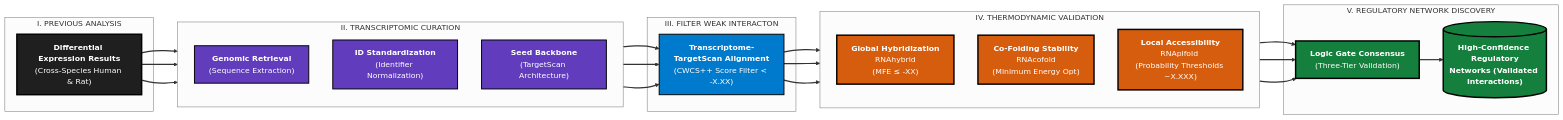
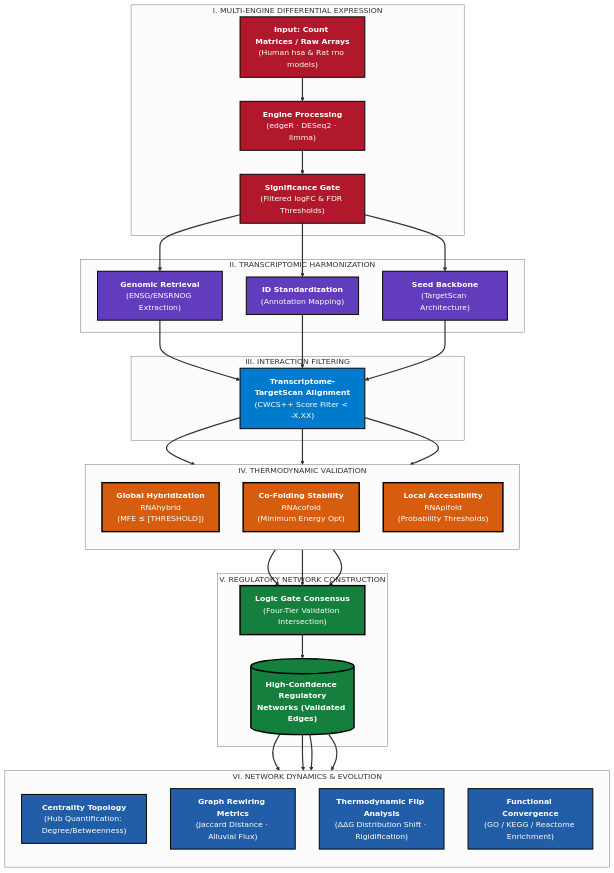
Before and after one commit to VampZie/IS_mi-mrna_thermo_validation_network: the diagram in README.md, drawn with Mermaid (neutral theme).

````diff
--- a/README.md
+++ b/README.md
@@ -30,41 +30,51 @@
 ```mermaid
-graph LR
+graph TD
     %% --- CONFERENCE-GRADE STYLE DEFINITIONS ---
+    classDef stage0 fill:#b2182b,stroke:#000,stroke-width:2px,color:#fff
     classDef stage1 fill:#1F1F1F,stroke:#000,stroke-width:3px,color:#fff
     classDef stage2 fill:#613CBC,stroke:#000,stroke-width:2px,color:#fff
     classDef stage3 fill:#007ACC,stroke:#000,stroke-width:2px,color:#fff
     classDef stage4 fill:#D65D0E,stroke:#000,stroke-width:3px,color:#fff
     classDef stage5 fill:#15803D,stroke:#000,stroke-width:3px,color:#fff
+    classDef stage6 fill:#225ea8,stroke:#000,stroke-width:2px,color:#fff
 
     %% --- WORKFLOW NODES ---
-    subgraph S1 ["I. PREVIOUS ANALYSIS"]
-        A["<b>Differential Expression Results</b><br/>(Cross-Species Human & Rat)"]:::stage1
+    subgraph S0 ["I. MULTI-ENGINE DIFFERENTIAL EXPRESSION"]
+        A0["<b>Input: Count Matrices / Raw Arrays</b><br/>(Human hsa & Rat rno models)"]:::stage0
+        A0 --> A1["<b>Engine Processing</b><br/>(edgeR · DESeq2 · limma)"]:::stage0
+        A1 --> A2["<b>Significance Gate</b><br/>(Filtered logFC & FDR Thresholds)"]:::stage0
     end
 
-    subgraph S2 ["II. TRANSCRIPTOMIC CURATION"]
-        direction TB
-        A --> B1["<b>Genomic Retrieval</b><br/>(Sequence Extraction)"]:::stage2
-        A --> B2["<b>ID Standardization</b><br/>(Identifier Normalization)"]:::stage2
-        A --> B3["<b>Seed Backbone</b><br/>(TargetScan Architecture)"]:::stage2
+    subgraph S1 ["II. TRANSCRIPTOMIC HARMONIZATION"]
+        A2 --> B1["<b>Genomic Retrieval</b><br/>(ENSG/ENSRNOG Extraction)"]:::stage2
+        A2 --> B2["<b>ID Standardization</b><br/>(Annotation Mapping)"]:::stage2
+        A2 --> B3["<b>Seed Backbone</b><br/>(TargetScan Architecture)"]:::stage2
     end
 
-    subgraph S3 ["III. FILTER WEAK INTERACTON"]
+    subgraph S2 ["III. INTERACTION FILTERING"]
         B1 & B2 & B3 --> D["<b>Transcriptome-TargetScan Alignment</b><br/>(CWCS++ Score Filter < -X.XX)"]:::stage3
     end
 
-    subgraph S4 ["IV. THERMODYNAMIC VALIDATION"]
+    subgraph S3 ["IV. THERMODYNAMIC VALIDATION"]
         direction TB
-        D --> E1["<b>Global Hybridization</b><br/>RNAhybrid </br>(MFE ≤ -XX)<br/>"]:::stage4
+        D --> E1["<b>Global Hybridization</b><br/>RNAhybrid </br>(MFE ≤ [THRESHOLD])<br/>"]:::stage4
         D --> E2["<b>Co-Folding Stability</b><br/>RNAcofold </br>(Minimum Energy Opt)<br/>"]:::stage4
-        D --> E3["<b>Local Accessibility</b><br/>RNAplfold </br>(Probability Thresholds ~X.XXX)<br/>"]:::stage4
+        D --> E3["<b>Local Accessibility</b><br/>RNAplfold </br>(Probability Thresholds)<br/>"]:::stage4
     end
 
-    subgraph S5 ["V. REGULATORY NETWORK DISCOVERY"]
-        E1 & E2 & E3 --> F["<b>Logic Gate Consensus</b><br/>(Three-Tier Validation)"]:::stage5
-        F --> G[("<b>High-Confidence Regulatory<br/>Networks (Validated Interactions)</b>")]:::stage5
+    subgraph S4 ["V. REGULATORY NETWORK CONSTRUCTION"]
+        E1 & E2 & E3 --> F["<b>Logic Gate Consensus</b><br/>(Four-Tier Validation Intersection)"]:::stage5
+        F --> G[("<b>High-Confidence Regulatory<br/>Networks (Validated Edges)</b>")]:::stage5
+    end
+
+    subgraph S5 ["VI. NETWORK DYNAMICS & EVOLUTION"]
+        direction TB
+        G --> H1["<b>Centrality Topology</b><br/>(Hub Quantification: Degree/Betweenness)"]:::stage6
+        G --> H2["<b>Graph Rewiring Metrics</b><br/>(Jaccard Distance · Alluvial Flux)"]:::stage6
+        G --> H3["<b>Thermodynamic Flip Analysis</b><br/>(ΔΔG Distribution Shift · Rigidification)"]:::stage6
+        G --> H4["<b>Functional Convergence</b><br/>(GO / KEGG / Reactome Enrichment)"]:::stage6
     end
 
     %% --- LAYOUT HINTS ---
     linkStyle default stroke:#333,stroke-width:2.5px
-
 ```
````
